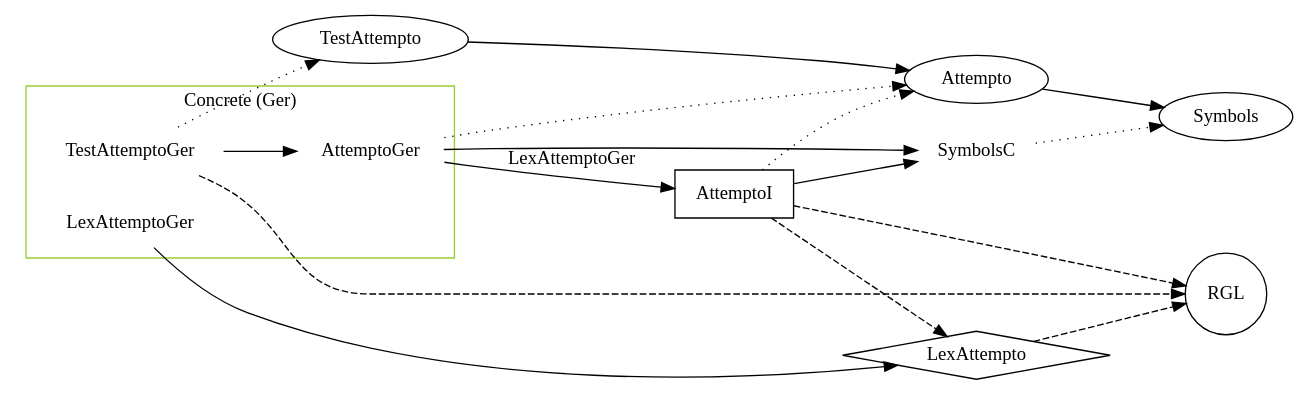
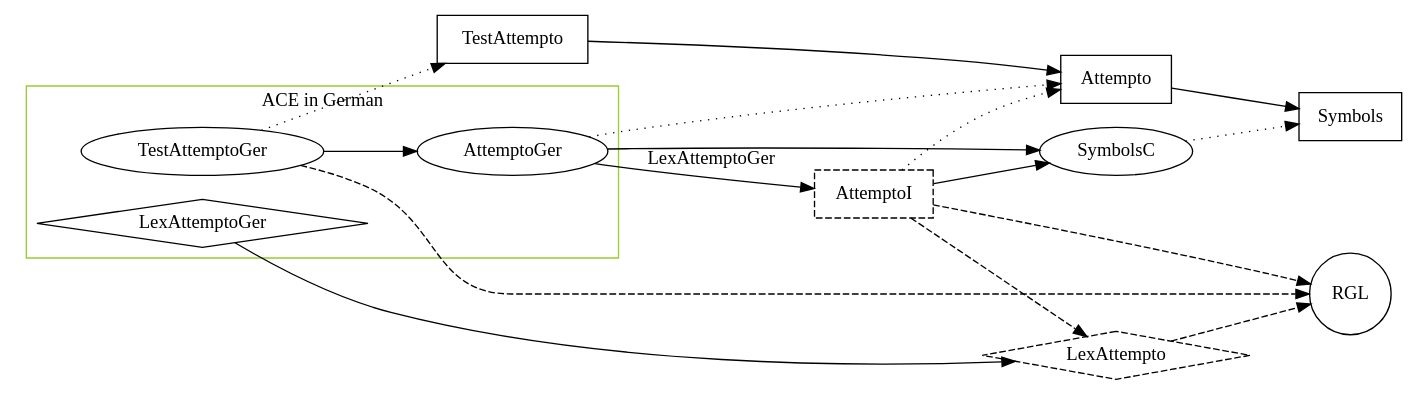
The diagram in docs/d11_1/images/modules.dot (Attempto/ACE-in-GF), drawn with Graphviz before and after one commit. The commit also changed 2 other files, not shown here.

```diff
--- a/docs/d11_1/images/modules.dot
+++ b/docs/d11_1/images/modules.dot
@@ -1,65 +1,65 @@
 digraph G {
 
 rankdir = LR;
 
 node [shape = "plaintext"];
 edge [arrowsize=1 color=black];
 
 subgraph cluster_0 {
-	label = "Concrete (Ger)";
+	label = "ACE in German";
 	color = "yellowgreen";
 
 	AttemptoGer;
 	LexAttemptoGer;
 	TestAttemptoGer;
 }
 
 // RGL
 RGL [shape = "circle"];
 
-// Abstract (ellipse)
-Attempto [shape = "ellipse"];
-Symbols [shape = "ellipse"];
-TestAttempto [shape = "ellipse"];
+// Abstract (rect)
+Attempto [shape = "rect"];
+Symbols [shape = "rect"];
+TestAttempto [shape = "rect"];
 
-// Incomplete (rect)
-AttemptoI [shape = "rect"];
+// Incomplete (dashed rect)
+AttemptoI [shape = "rect" style = "dashed"];
 
-// Interface (diamond)
-LexAttempto [shape = "diamond"];
+// Interface (dashed diamond)
+LexAttempto [shape = "diamond" style = "dashed"];
 
-// Concrete
-SymbolsC;
-AttemptoGer;
-TestAttemptoGer;
+// Concrete (ellipse)
+SymbolsC [shape = "ellipse"];
+AttemptoGer [shape = "ellipse"];
+TestAttemptoGer [shape = "ellipse"];
 
 // Instance
-LexAttemptoGer;
+LexAttemptoGer [shape = "diamond"];
 
 // TODO: what is the correct convention?
 // dotted = concrete
 // dashed = opens
 // solid = extends
 
 Attempto -> Symbols;
 
 SymbolsC -> Symbols [style = "dotted"];
 
 AttemptoI -> Attempto [style = "dotted"];
 AttemptoI -> SymbolsC;
 AttemptoI -> LexAttempto [style = "dashed"];
 
 TestAttempto -> Attempto;
 
 AttemptoGer -> Attempto [style = "dotted"];
 AttemptoGer -> SymbolsC;
 AttemptoGer -> AttemptoI [label = "LexAttemptoGer"];
 
 LexAttemptoGer -> LexAttempto;
 TestAttemptoGer -> TestAttempto [style = "dotted"];
 TestAttemptoGer -> AttemptoGer;
 
 AttemptoI -> RGL [style = "dashed"];
 LexAttempto -> RGL [style = "dashed"];
 TestAttemptoGer -> RGL [style = "dashed"];
 }
```
